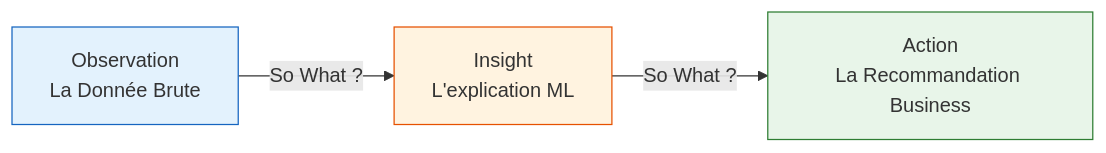
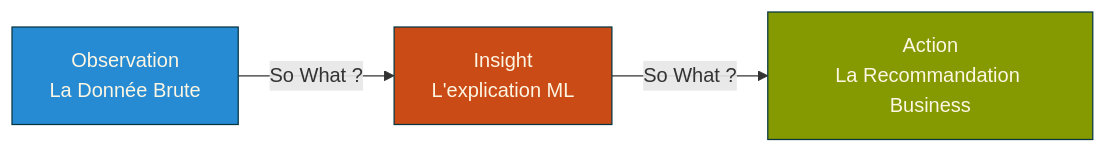
One commit to aptitek/aptispace-datascience changed the diagram in cours/7_communication/_71_data_storytelling.qmd. Above: the diagram before and after it, drawn with Mermaid. The commit also changed 35 other files, not shown here.

````diff
--- a/cours/7_communication/_71_data_storytelling.qmd
+++ b/cours/7_communication/_71_data_storytelling.qmd
@@ -42,10 +42,10 @@
 ```{mermaid}
 graph LR
     A[Observation\nLa Donnée Brute] -->|So What ?| B[Insight\nL'explication ML]
     B -->|So What ?| C[Action\nLa Recommandation Business]
     
-    style A fill:#e3f2fd,stroke:#1565c0
-    style B fill:#fff3e0,stroke:#e65100
-    style C fill:#e8f5e9,stroke:#2e7d32
+    style A fill:#268bd2,stroke:#073642,color:#fdf6e3
+    style B fill:#cb4b16,stroke:#073642,color:#fdf6e3
+    style C fill:#859900,stroke:#073642,color:#fdf6e3
 
 ```
````
